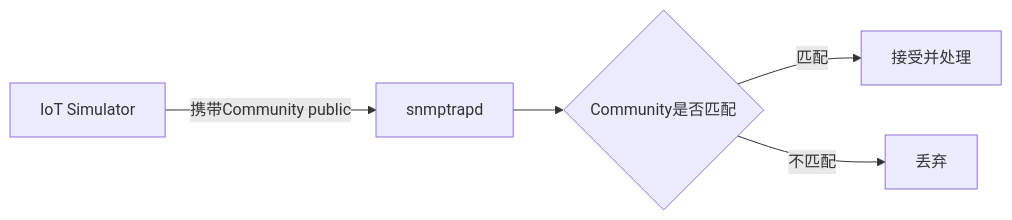
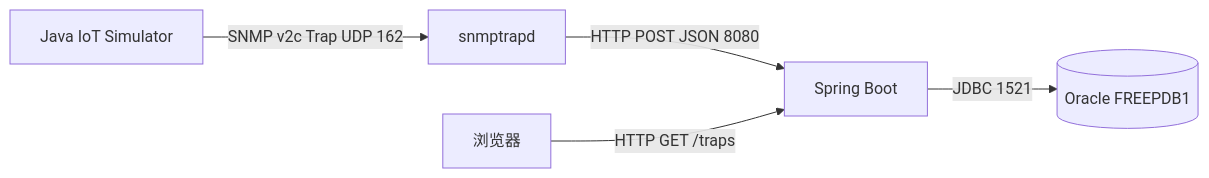
One commit to seki999/DialogueFlow_GitHub_OnLine changed the diagram in slides/snmp-trap-demo-course/03.md. Above: the diagram before and after it, drawn with Mermaid. The commit also changed other lines of this file and 56 other files, not shown here.

````diff
--- a/slides/snmp-trap-demo-course/03.md
+++ b/slides/snmp-trap-demo-course/03.md
@@ -5,7 +5,7 @@
 ```mermaid
 flowchart LR
-    A[IoT Simulator] -->|携带Community public| B[snmptrapd]
-    B --> C{Community是否匹配}
-    C -->|匹配| D[接受并处理]
-    C -->|不匹配| E[丢弃]
+    S[Java IoT Simulator] -->|SNMP v2c Trap UDP 162| T[snmptrapd]
+    T -->|HTTP POST JSON 8080| A[Spring Boot]
+    A -->|JDBC 1521| O[(Oracle FREEPDB1)]
+    U[浏览器] -->|HTTP GET /traps| A
 ```
````
